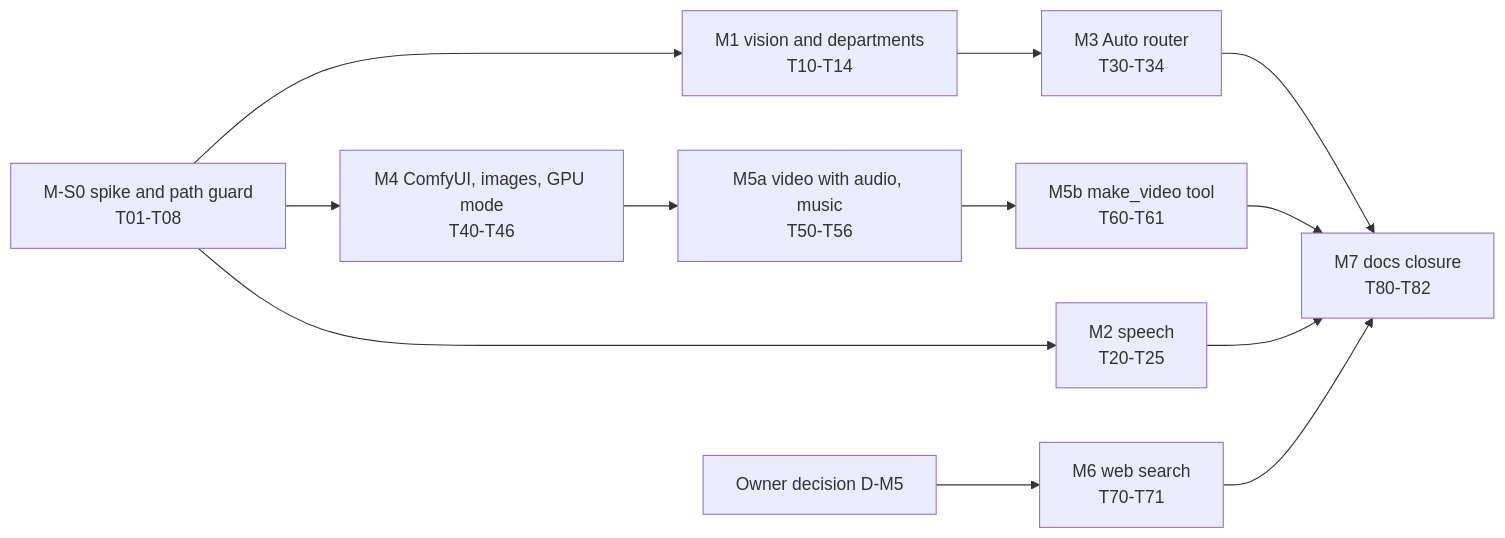
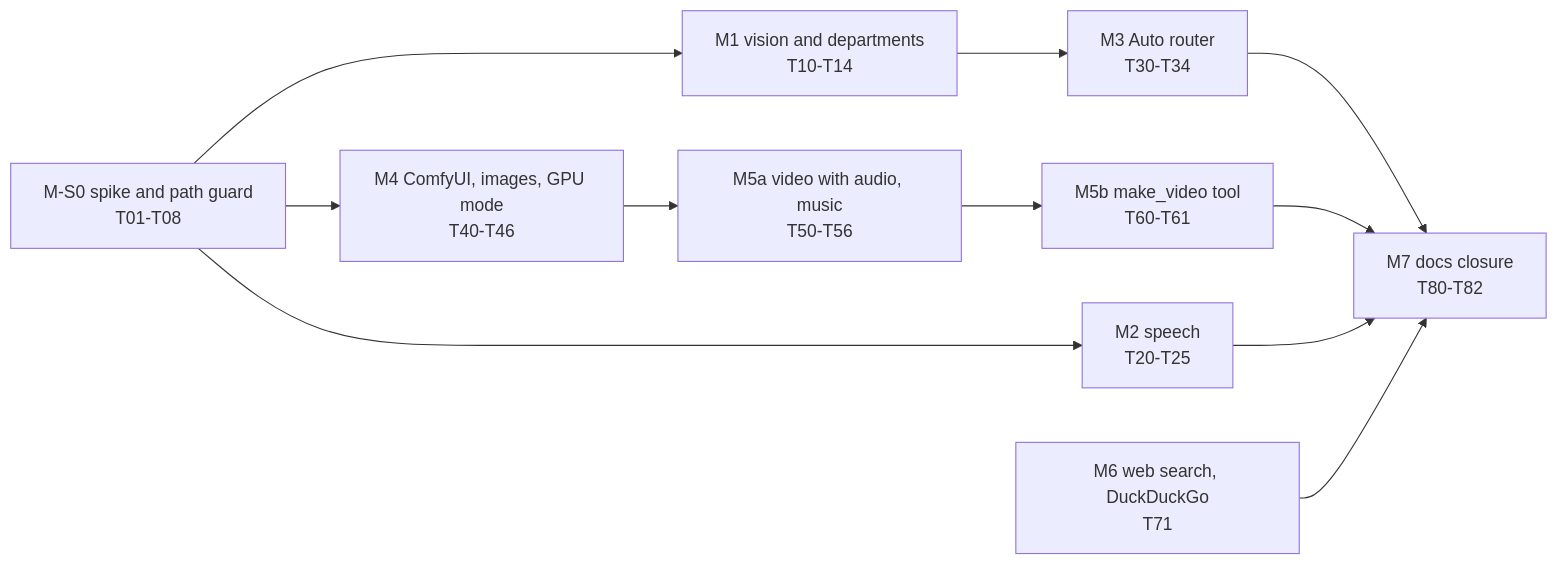
The diagram in docs/design/plans/2026-11-01-multimodal-stack.md (techtana/personal-agent-stack), drawn with Mermaid before and after one commit. The commit also changed other lines of this file and 7 other files, not shown here.

````diff
--- a/docs/design/plans/2026-11-01-multimodal-stack.md
+++ b/docs/design/plans/2026-11-01-multimodal-stack.md
@@ -343,14 +364,14 @@
 ```mermaid
 flowchart LR
   S0["M-S0 spike and path guard<br/>T01-T08"] --> M1["M1 vision and departments<br/>T10-T14"]
   S0 --> M2["M2 speech<br/>T20-T25"]
   M1 --> M3["M3 Auto router<br/>T30-T34"]
   S0 --> M4["M4 ComfyUI, images, GPU mode<br/>T40-T46"]
   M4 --> M5a["M5a video with audio, music<br/>T50-T56"]
   M5a --> M5b["M5b make_video tool<br/>T60-T61"]
-  D5["Owner decision D-M5"] --> M6["M6 web search<br/>T70-T71"]
+  M6["M6 web search, DuckDuckGo<br/>T71"]
   M3 --> M7["M7 docs closure<br/>T80-T82"]
   M5b --> M7
   M2 --> M7
   M6 --> M7
 ```
````
